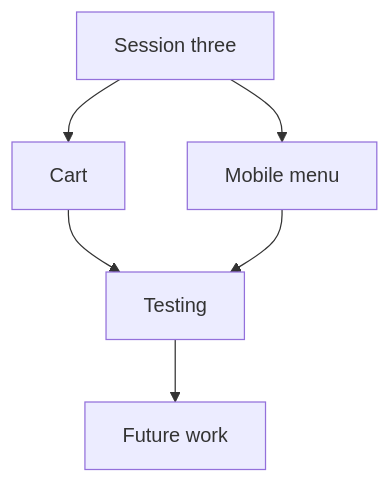
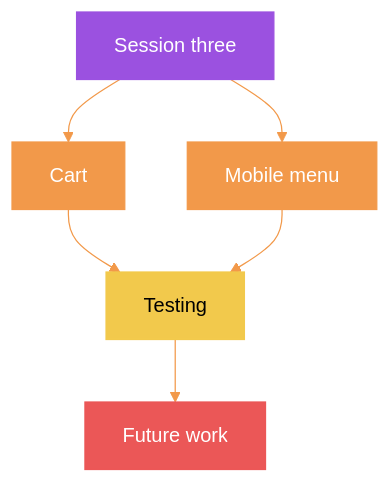
One commit to 444Nazky/My-Vault changed the sixth of 13 diagrams in Graphs/Dev-Tasks-Diagrams.md. Above: the diagram before and after it, drawn with Mermaid. The commit also changed other lines of this file and 15 other files, not shown here.

````diff
--- a/Graphs/Dev-Tasks-Diagrams.md
+++ b/Graphs/Dev-Tasks-Diagrams.md
@@ -63,8 +91,14 @@
 ```mermaid
+%%{init: {'theme': 'default', 'themeVariables': { 'primaryColor': '#F2994A', 'lineColor': '#F2994A'}}}%%
 graph TD
  S3["Session three"] --> CART["Cart"]
  S3 --> MOB["Mobile menu"]
  CART --> TEST["Testing"]
  MOB --> TEST
  TEST --> FUT["Future work"]
+ style S3 fill:#9B51E0,stroke:#9B51E0,color:#fff
+ style CART fill:#F2994A,stroke:#F2994A,color:#fff
+ style MOB fill:#F2994A,stroke:#F2994A,color:#fff
+ style TEST fill:#F2C94C,stroke:#F2C94C,color:#000
+ style FUT fill:#EB5757,stroke:#EB5757,color:#fff
 ```
````
